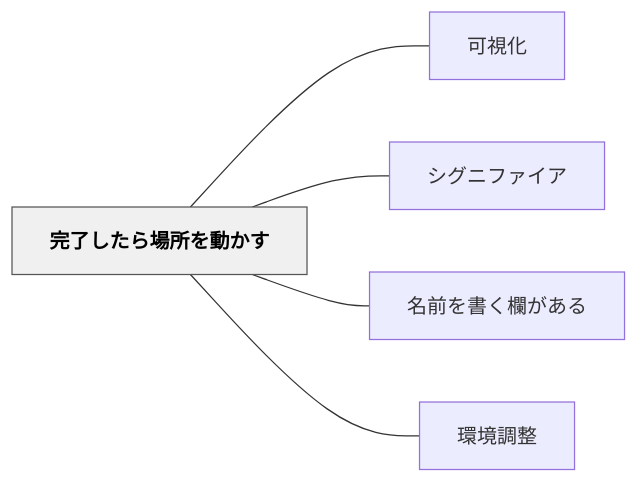
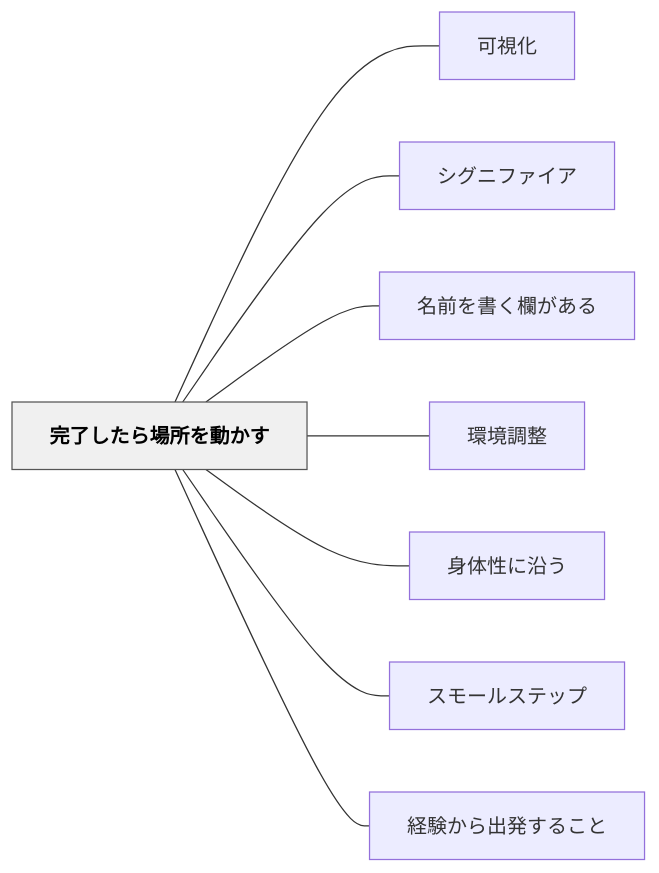
One commit to unknownthings-ed-patterns/unknownthings-ed-patterns changed the diagram in content/パタン/完了したら場所を動かす.md. Above: the diagram before and after it, drawn with Mermaid. The commit also changed other lines of this file and 71 other files, not shown here.

````diff
--- a/content/パタン/完了したら場所を動かす.md
+++ b/content/パタン/完了したら場所を動かす.md
@@ -63,16 +66,22 @@
 ```mermaid
 flowchart LR
     ne5ae8ce4ba86e38197e3819fe38289e5a0b4e68980e38292e58b95e3818be38199["完了したら場所を動かす"]
     ne58fafe8a696e58c96["可視化"]
     ne382b7e382b0e3838be38395e382a1e382a4e382a2["シグニファイア"]
     ne5908de5898de38292e69bb8e3818fe6ac84e3818ce38182e3828b["名前を書く欄がある"]
     ne792b0e5a283e8aabfe695b4["環境調整"]
+    ne8baabe4bd93e680a7e381abe6b2bfe38186["身体性に沿う"]
+    ne382b9e383a2e383bce383abe382b9e38386e38383e38397["スモールステップ"]
+    ne7b58ce9a893e3818be38289e587bae799bae38199e3828be38193e381a8["経験から出発すること"]
 
     ne5ae8ce4ba86e38197e3819fe38289e5a0b4e68980e38292e58b95e3818be38199 --- ne58fafe8a696e58c96
     ne5ae8ce4ba86e38197e3819fe38289e5a0b4e68980e38292e58b95e3818be38199 --- ne382b7e382b0e3838be38395e382a1e382a4e382a2
     ne5ae8ce4ba86e38197e3819fe38289e5a0b4e68980e38292e58b95e3818be38199 --- ne5908de5898de38292e69bb8e3818fe6ac84e3818ce38182e3828b
     ne5ae8ce4ba86e38197e3819fe38289e5a0b4e68980e38292e58b95e3818be38199 --- ne792b0e5a283e8aabfe695b4
+    ne5ae8ce4ba86e38197e3819fe38289e5a0b4e68980e38292e58b95e3818be38199 --- ne8baabe4bd93e680a7e381abe6b2bfe38186
+    ne5ae8ce4ba86e38197e3819fe38289e5a0b4e68980e38292e58b95e3818be38199 --- ne382b9e383a2e383bce383abe382b9e38386e38383e38397
+    ne5ae8ce4ba86e38197e3819fe38289e5a0b4e68980e38292e58b95e3818be38199 --- ne7b58ce9a893e3818be38289e587bae799bae38199e3828be38193e381a8
 
     classDef hub fill:#f0f0f0,stroke:#555,color:#000,font-weight:bold
     class ne5ae8ce4ba86e38197e3819fe38289e5a0b4e68980e38292e58b95e3818be38199 hub
 ```
````
